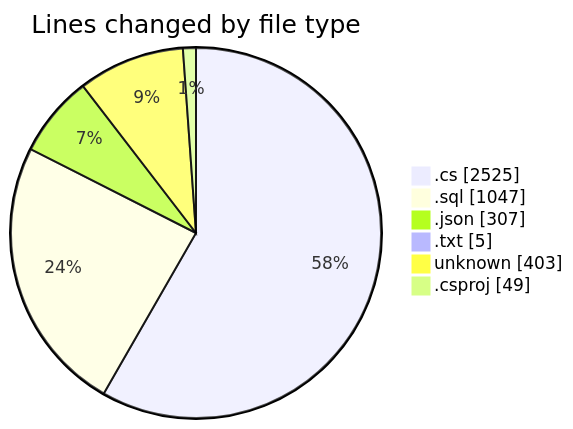
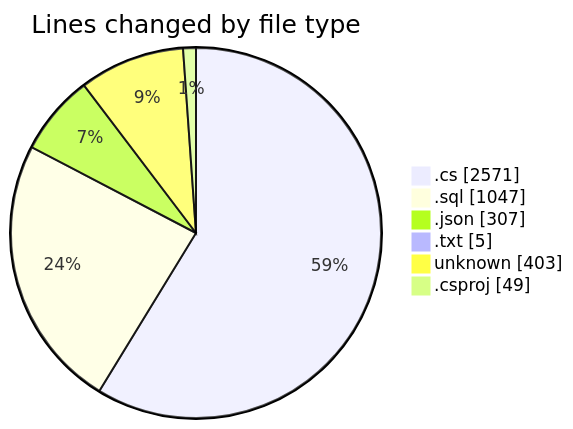
Before and after one commit to Netris89/code-tracking: the first of 2 diagrams in 2025-04-04/back-end/README.md, drawn with Mermaid. The commit also changed other lines of this file and 1 other file, not shown here.

````diff
--- a/2025-04-04/back-end/README.md
+++ b/2025-04-04/back-end/README.md
@@ -37,10 +38,10 @@
 ```mermaid
 pie showData
 title Lines changed by file type
-".cs" : 2525
+".cs" : 2571
 ".sql" : 1047
 ".json" : 307
 ".txt" : 5
 "unknown" : 403
 ".csproj" : 49
 ```
````
